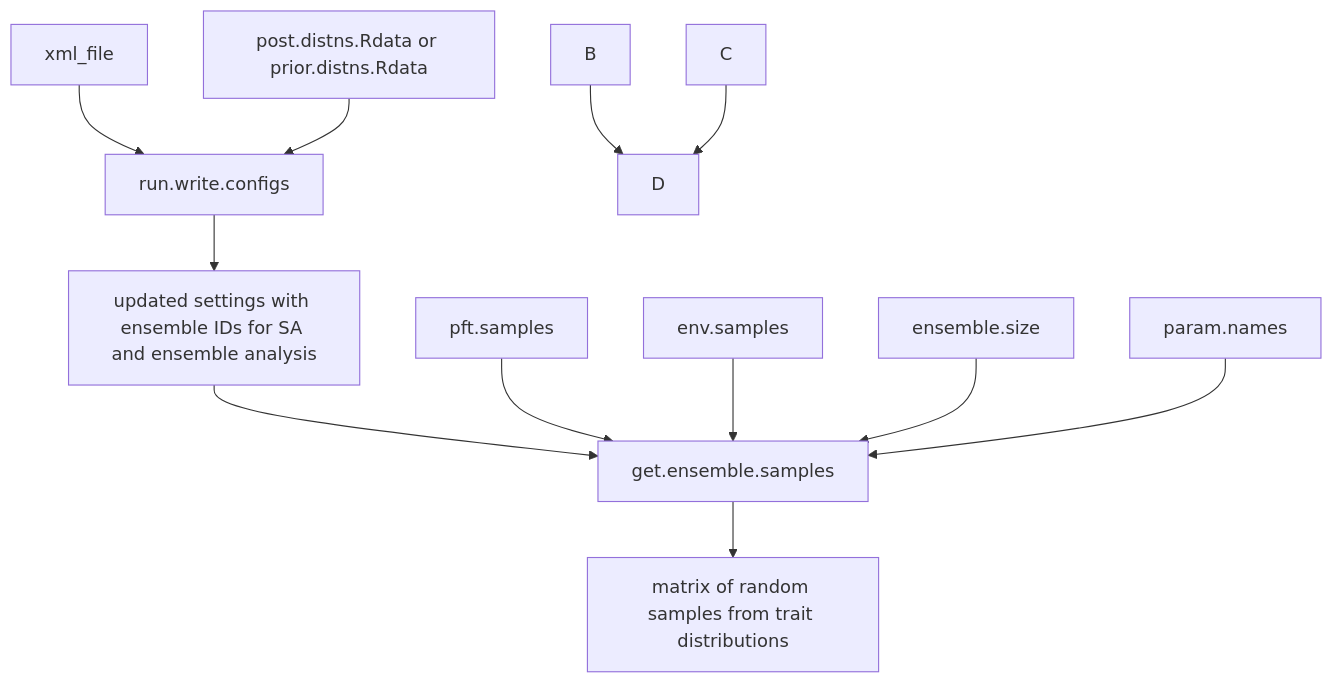
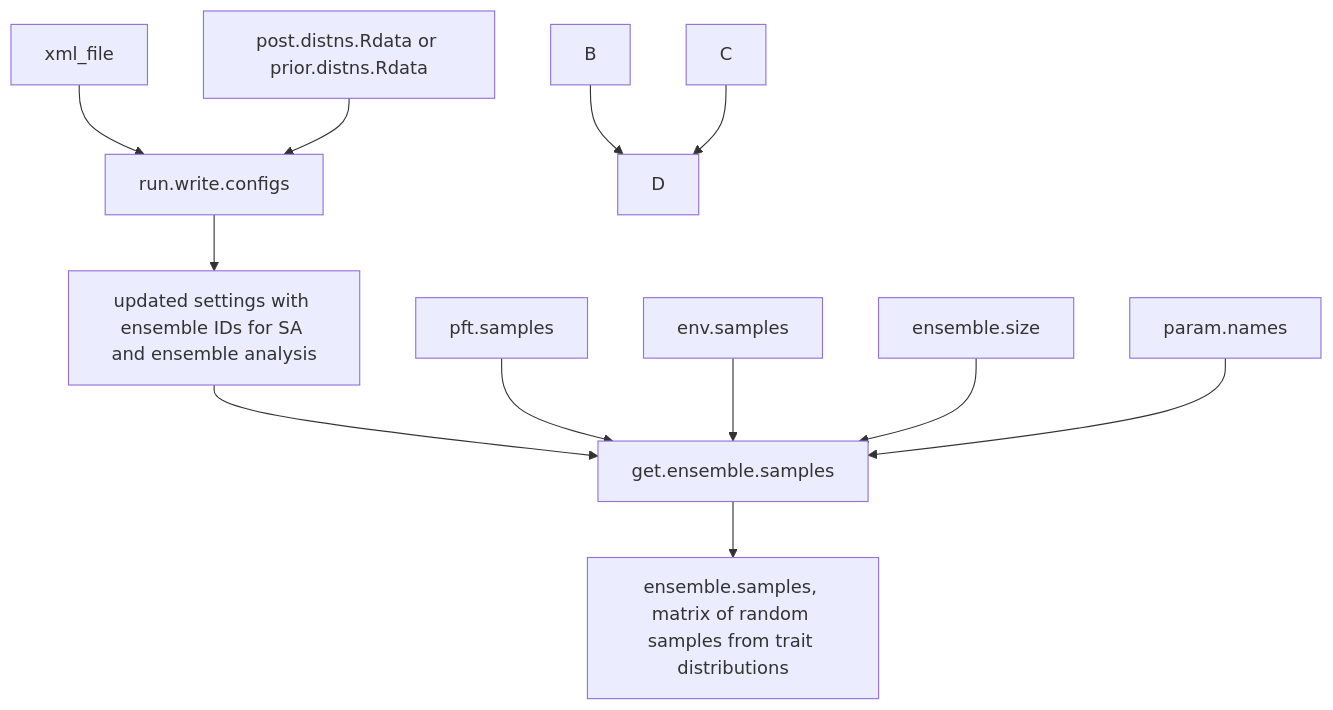
The diagram in README.md (ecamo19/gsoc_project_2022_vm), drawn with Mermaid before and after one commit.

````diff
--- a/README.md
+++ b/README.md
@@ -50,14 +50,14 @@
 ```mermaid
   graph TD;
       settings[xml_file]-->run.write.configs ;
       posterior.files[post.distns.Rdata or prior.distns.Rdata]-->run.write.configs;
       run.write.configs-->output_1[updated settings with ensemble IDs for SA and ensemble analysis ];
       output_1[updated settings with ensemble IDs for SA and ensemble analysis]-->get.ensemble.samples;
       input_get_ensemble_1[pft.samples]-->get.ensemble.samples;
       input_get_ensemble_2[env.samples]-->get.ensemble.samples;
       input_get_ensemble_3[ensemble.size]-->get.ensemble.samples;
       input_get_ensemble_4[param.names]-->get.ensemble.samples;
-      get.ensemble.samples--> output_get_ensemble[matrix of random samples from trait distributions];
+      get.ensemble.samples--> output_get_ensemble[ensemble.samples, matrix of random samples from trait distributions];
       B-->D;
       C-->D;
 ```
````
